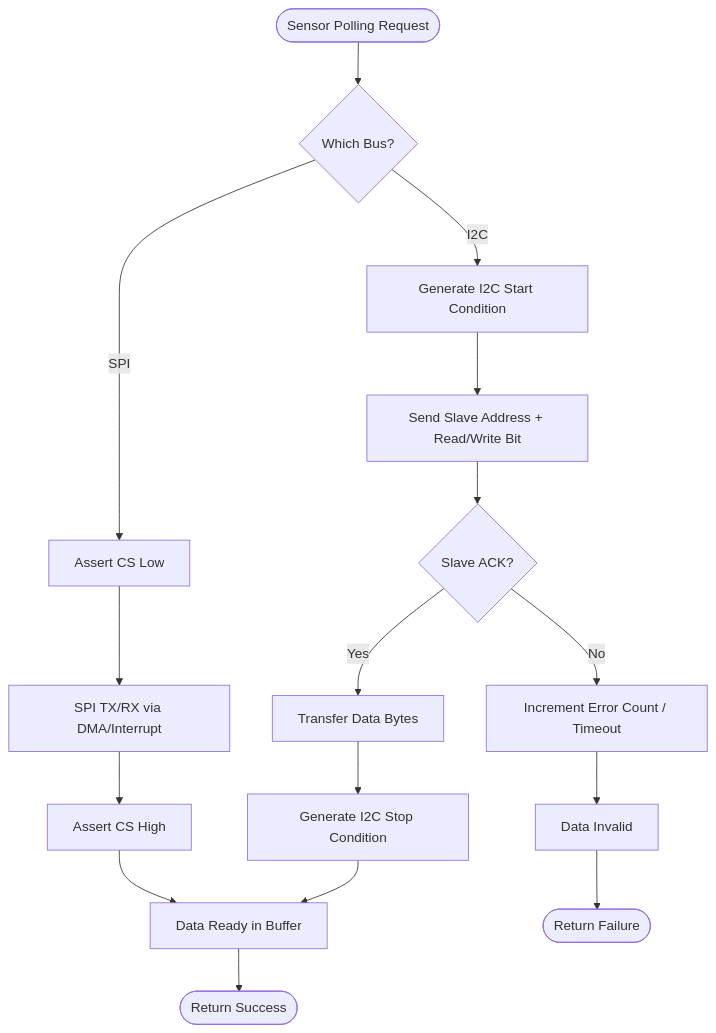
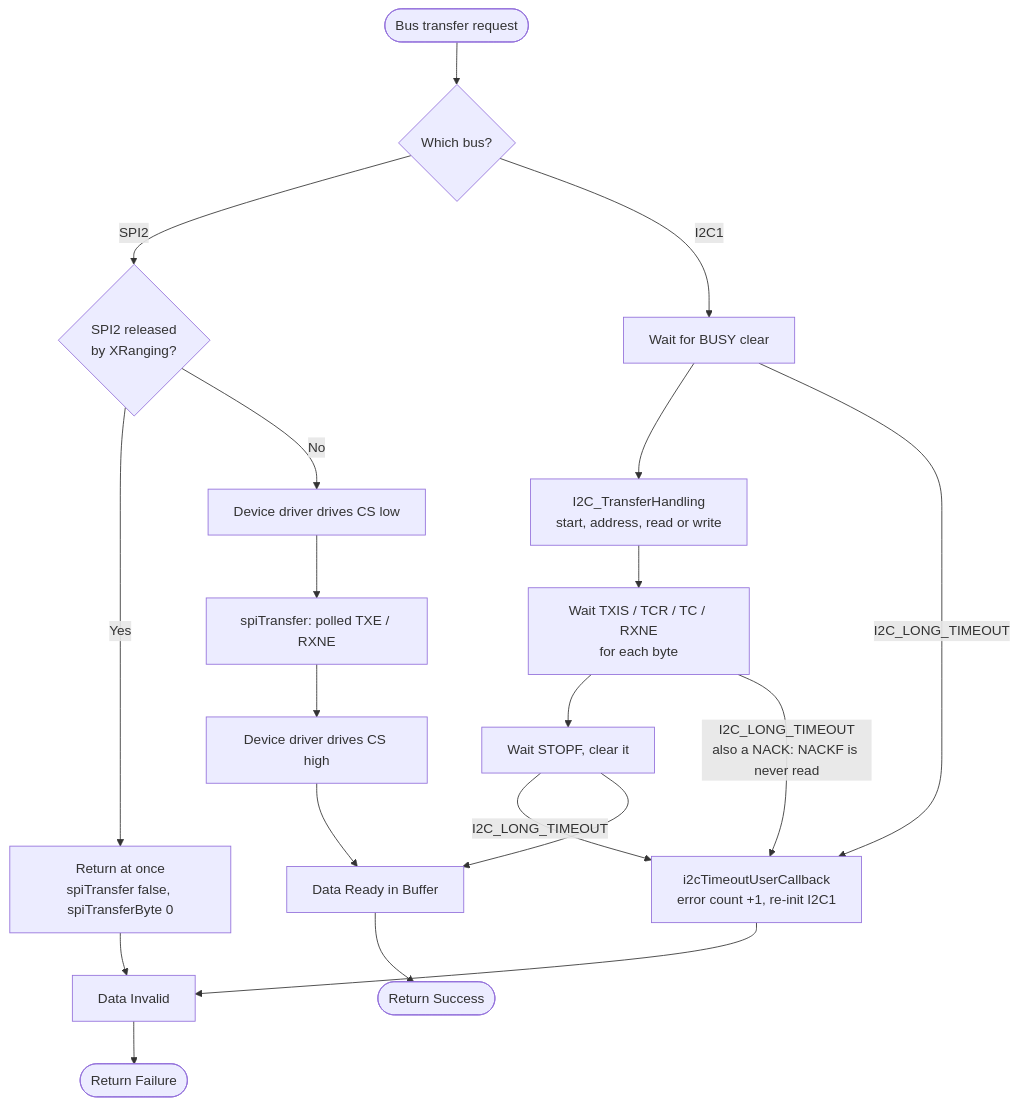
Before and after one commit to DronaAviation/MagisV2: the diagram in docs/fw-development-reference/fw-architecture-pipeline/subsystems/Hardware_Bus_Pipeline.md, drawn with Mermaid. The commit also changed other lines of this file and 55 other files, not shown here.

````diff
--- a/docs/fw-development-reference/fw-architecture-pipeline/subsystems/Hardware_Bus_Pipeline.md
+++ b/docs/fw-development-reference/fw-architecture-pipeline/subsystems/Hardware_Bus_Pipeline.md
@@ -35,23 +69,27 @@
 ```mermaid
 flowchart TD
-    Start([Sensor Polling Request]) --> BusCheck{Which Bus?}
-    
-    BusCheck -- SPI --> SPISetup[Assert CS Low]
-    SPISetup --> SPIXfer[SPI TX/RX via DMA/Interrupt]
-    SPIXfer --> SPIRelease[Assert CS High]
-    
-    BusCheck -- I2C --> I2CStart[Generate I2C Start Condition]
-    I2CStart --> I2CAddr[Send Slave Address + Read/Write Bit]
-    I2CAddr --> ACK{Slave ACK?}
-    
-    ACK -- No --> I2CErr[Increment Error Count / Timeout]
-    ACK -- Yes --> I2CXfer[Transfer Data Bytes]
-    I2CXfer --> I2CStop[Generate I2C Stop Condition]
-    
+    Start([Bus transfer request]) --> BusCheck{Which bus?}
+
+    BusCheck -- SPI2 --> Rel{SPI2 released<br/>by XRanging?}
+    Rel -- Yes --> SPIOff[Return at once<br/>spiTransfer false, spiTransferByte 0]
+    Rel -- No --> SPISetup[Device driver drives CS low]
+    SPISetup --> SPIXfer[spiTransfer: polled TXE / RXNE]
+    SPIXfer --> SPIRelease[Device driver drives CS high]
+
+    BusCheck -- I2C1 --> I2CBusy[Wait for BUSY clear]
+    I2CBusy --> I2CStart[I2C_TransferHandling<br/>start, address, read or write]
+    I2CStart --> I2CXfer[Wait TXIS / TCR / TC / RXNE<br/>for each byte]
+    I2CXfer --> I2CStop[Wait STOPF, clear it]
+
+    I2CBusy -- I2C_LONG_TIMEOUT --> I2CErr[i2cTimeoutUserCallback<br/>error count +1, re-init I2C1]
+    I2CXfer -- I2C_LONG_TIMEOUT<br/>also a NACK: NACKF is never read --> I2CErr
+    I2CStop -- I2C_LONG_TIMEOUT --> I2CErr
+
     SPIRelease --> Merge[Data Ready in Buffer]
     I2CStop --> Merge
     I2CErr --> MergeFail[Data Invalid]
-    
+    SPIOff --> MergeFail
+
     Merge --> End([Return Success])
     MergeFail --> EndFail([Return Failure])
 ```
````
